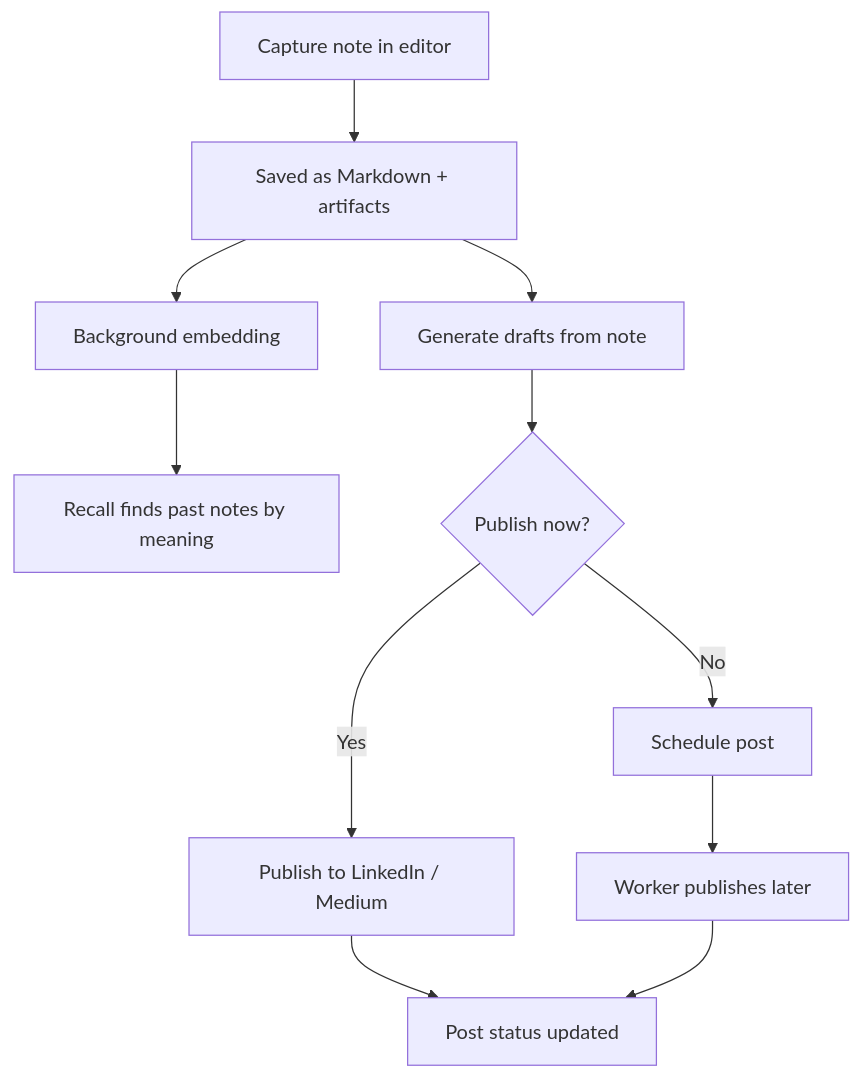
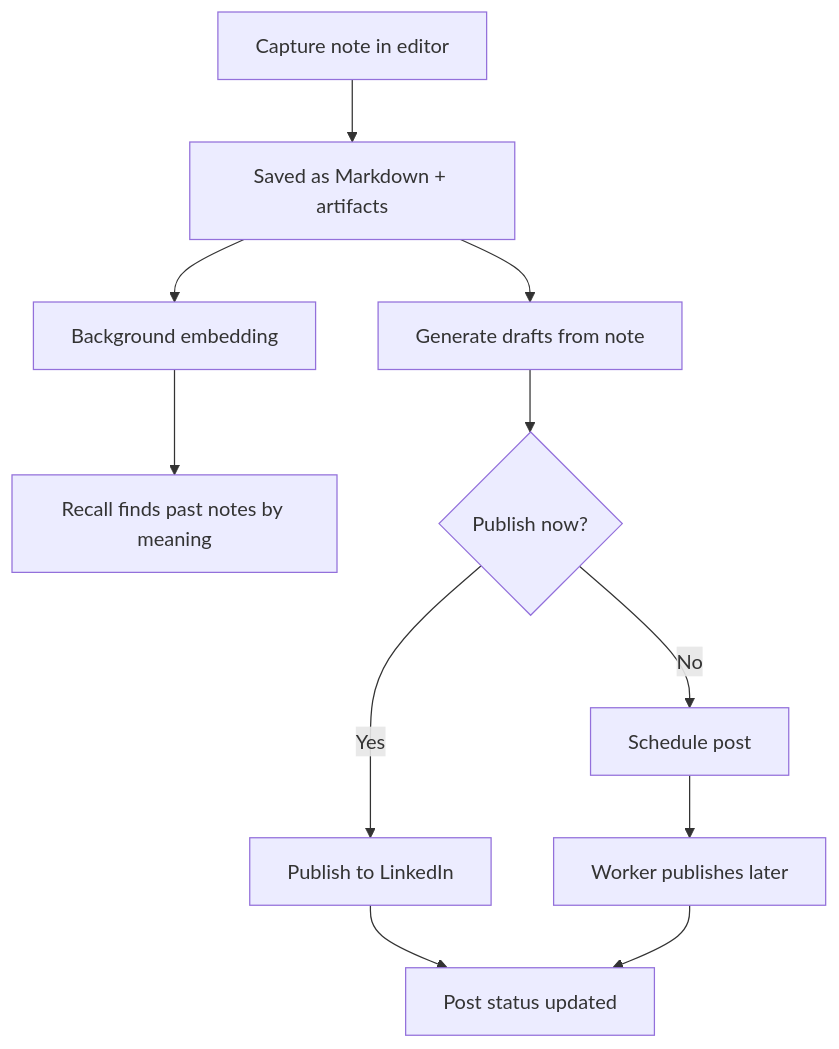
The diagram in docs/noteship-product-definition.md (AhmedYassinH/noteship), drawn with Mermaid before and after one commit. The commit also changed other lines of this file and 25 other files, not shown here.

````diff
--- a/docs/noteship-product-definition.md
+++ b/docs/noteship-product-definition.md
@@ -125,13 +123,13 @@
 ```mermaid
 flowchart TD
   A[Capture note in editor] --> B[Saved as Markdown + artifacts]
   B --> C[Background embedding]
   C --> D[Recall finds past notes by meaning]
   B --> E[Generate drafts from note]
   E --> F{Publish now?}
-  F -->|Yes| G[Publish to LinkedIn / Medium]
+  F -->|Yes| G[Publish to LinkedIn]
   F -->|No| H[Schedule post]
   H --> I[Worker publishes later]
   G --> J[Post status updated]
   I --> J
 ```
````
